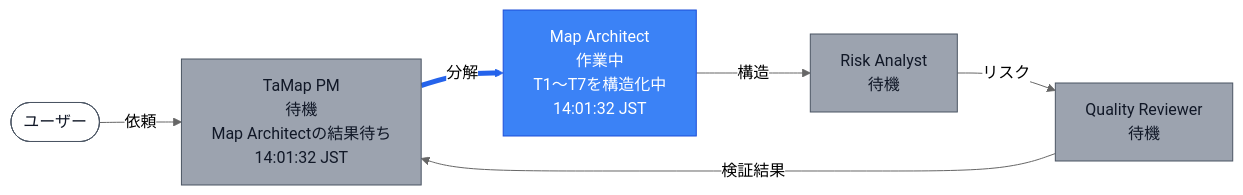
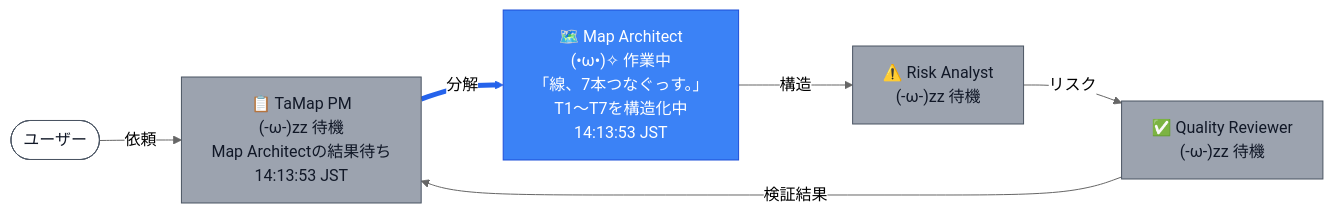
Before and after one commit to nekomario28/tamap: the fifth of 11 diagrams in docs/sample_output.md, drawn with Mermaid (neutral theme). The commit also changed other lines of this file and 8 other files, not shown here.

````diff
--- a/docs/sample_output.md
+++ b/docs/sample_output.md
@@ -152,22 +152,22 @@
 ```mermaid
 flowchart LR
   U(["ユーザー"])
-  PM["TaMap PM<br>待機<br>Map Architectの結果待ち<br>14:01:32 JST"]
-  MA["Map Architect<br>作業中<br>T1〜T7を構造化中<br>14:01:32 JST"]
-  RA["Risk Analyst<br>待機"]
-  QR["Quality Reviewer<br>待機"]
+  PM["📋 TaMap PM<br>(-ω-)zz 待機<br>Map Architectの結果待ち<br>14:13:53 JST"]
+  MA["🗺️ Map Architect<br>(•ω•)✧ 作業中<br>「線、7本つなぐっす。」<br>T1〜T7を構造化中<br>14:13:53 JST"]
+  RA["⚠️ Risk Analyst<br>(-ω-)zz 待機"]
+  QR["✅ Quality Reviewer<br>(-ω-)zz 待機"]
   U -- 依頼 --> PM
   PM -- 分解 --> MA
   MA -- 構造 --> RA
   RA -- リスク --> QR
   QR -- 検証結果 --> PM
   classDef idle fill:#9ca3af,stroke:#4b5563,color:#111827
   classDef working fill:#3b82f6,stroke:#1d4ed8,color:#ffffff
   classDef done fill:#22c55e,stroke:#15803d,color:#ffffff
   classDef error fill:#ef4444,stroke:#991b1b,color:#ffffff
   classDef user fill:#ffffff,stroke:#4b5563,color:#111827
   class U user
   class PM,RA,QR idle
   class MA working
   linkStyle 1 stroke:#2563eb,stroke-width:5px
 ```
````
